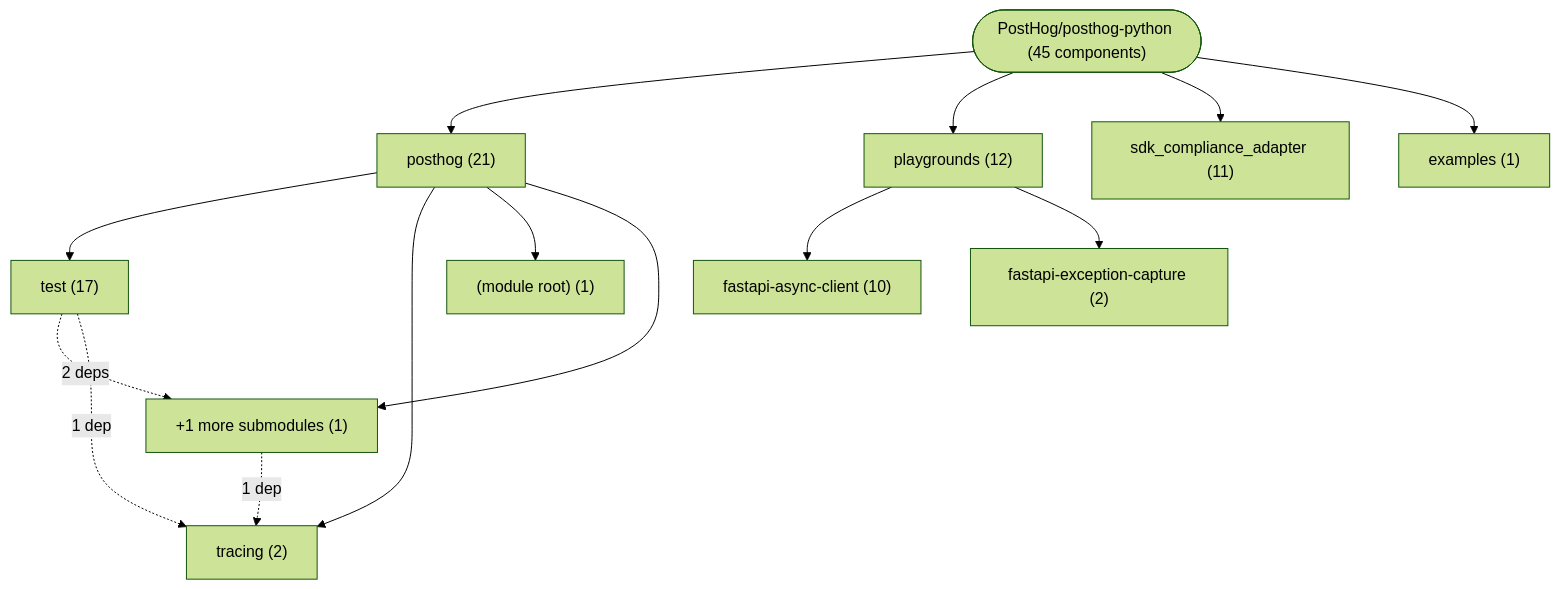
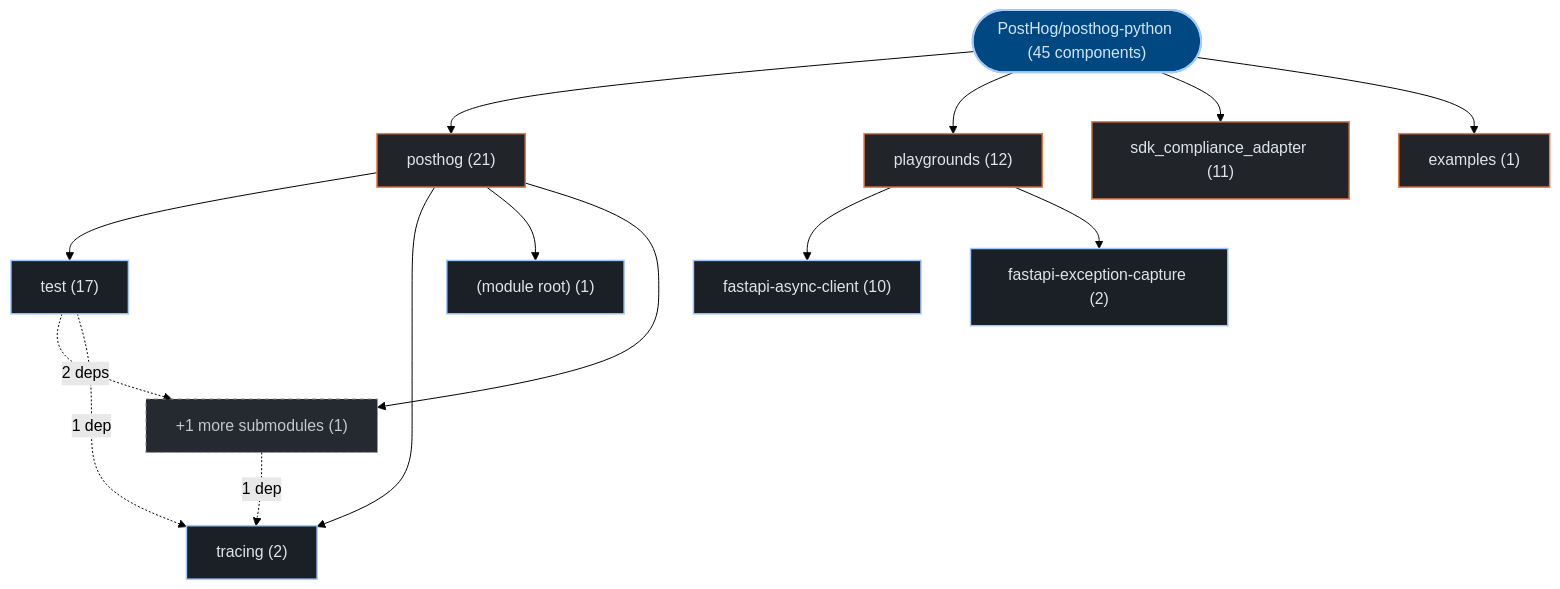
Before and after one commit to kumarshaz/atruss-code-atlas: the first of 3 diagrams in exports/latest/reports/PostHog-posthog-python-report.md, drawn with Mermaid (forest theme). The commit also changed other lines of this file and 331 other files, not shown here.

Commit message:
docs,ui,fix: update SDLC docs, reorder CI/CD DAG first, stylize Mermaid, and fix Arc42 pipeline topology

````diff
--- a/exports/latest/reports/PostHog-posthog-python-report.md
+++ b/exports/latest/reports/PostHog-posthog-python-report.md
@@ -42,27 +42,34 @@
 ```mermaid
 graph TD;
-    repo_root(["PostHog/posthog-python (45 components)"])
-    dir_0_posthog["posthog (21)"]
+  classDef atlasRoot fill:#004882,stroke:#a3c9ff,stroke-width:2px,color:#d3e4ff
+  classDef atlasCategory fill:#212428,stroke:#E87A48,stroke-width:1.5px,color:#dfe3eb
+  classDef atlasWorkflow fill:#1b2026,stroke:#a3c9ff,stroke-width:1.5px,color:#dfe3eb
+  classDef atlasJob fill:#171c22,stroke:#8d9199,stroke-width:1px,color:#dfe3eb
+  classDef atlasTarget fill:#005227,stroke:#8bd99b,stroke-width:1.5px,color:#a7f6b6
+  classDef atlasAlert fill:#93000a,stroke:#ffb4ab,stroke-width:1.5px,color:#ffdad6
+  classDef atlasMore fill:#252a31,stroke:#8d9199,stroke-dasharray:4 4,color:#c3c6cf
+    repo_root(["PostHog/posthog-python (45 components)"]):::atlasRoot
+    dir_0_posthog["posthog (21)"]:::atlasCategory
     repo_root --> dir_0_posthog
-    sub_0_0_test["test (17)"]
+    sub_0_0_test["test (17)"]:::atlasWorkflow
     dir_0_posthog --> sub_0_0_test
-    sub_0_1_tracing["tracing (2)"]
+    sub_0_1_tracing["tracing (2)"]:::atlasWorkflow
     dir_0_posthog --> sub_0_1_tracing
-    sub_0_2__module_root_["(module root) (1)"]
+    sub_0_2__module_root_["(module root) (1)"]:::atlasWorkflow
     dir_0_posthog --> sub_0_2__module_root_
-    sub_0_more["+1 more submodules (1)"]
+    sub_0_more["+1 more submodules (1)"]:::atlasMore
     dir_0_posthog --> sub_0_more
-    dir_1_playgrounds["playgrounds (12)"]
+    dir_1_playgrounds["playgrounds (12)"]:::atlasCategory
     repo_root --> dir_1_playgrounds
-    sub_1_0_fastapi_async_client["fastapi-async-client (10)"]
+    sub_1_0_fastapi_async_client["fastapi-async-client (10)"]:::atlasWorkflow
     dir_1_playgrounds --> sub_1_0_fastapi_async_client
-    sub_1_1_fastapi_exception_capture["fastapi-exception-capture (2)"]
+    sub_1_1_fastapi_exception_capture["fastapi-exception-capture (2)"]:::atlasWorkflow
     dir_1_playgrounds --> sub_1_1_fastapi_exception_capture
-    dir_2_sdk_compliance_adapter["sdk_compliance_adapter (11)"]
+    dir_2_sdk_compliance_adapter["sdk_compliance_adapter (11)"]:::atlasCategory
     repo_root --> dir_2_sdk_compliance_adapter
-    dir_3_examples["examples (1)"]
+    dir_3_examples["examples (1)"]:::atlasCategory
     repo_root --> dir_3_examples
     sub_0_0_test -.->|"2 deps"| sub_0_more
     sub_0_0_test -.->|"1 dep"| sub_0_1_tracing
     sub_0_more -.->|"1 dep"| sub_0_1_tracing
 ```
````
